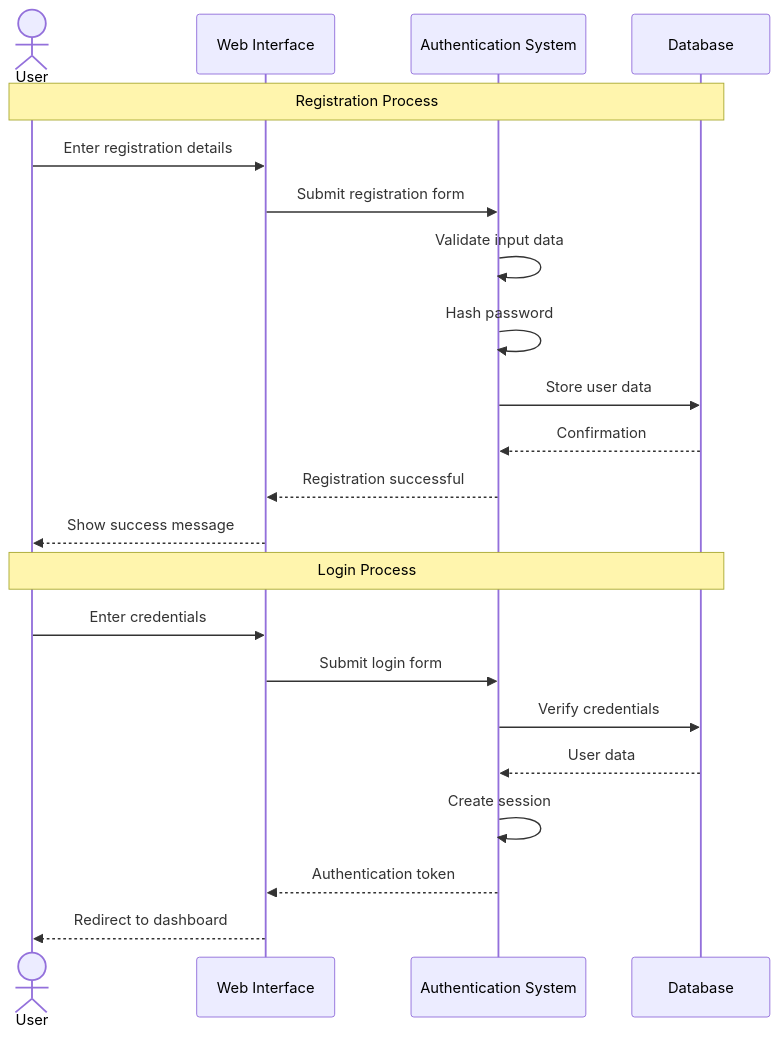
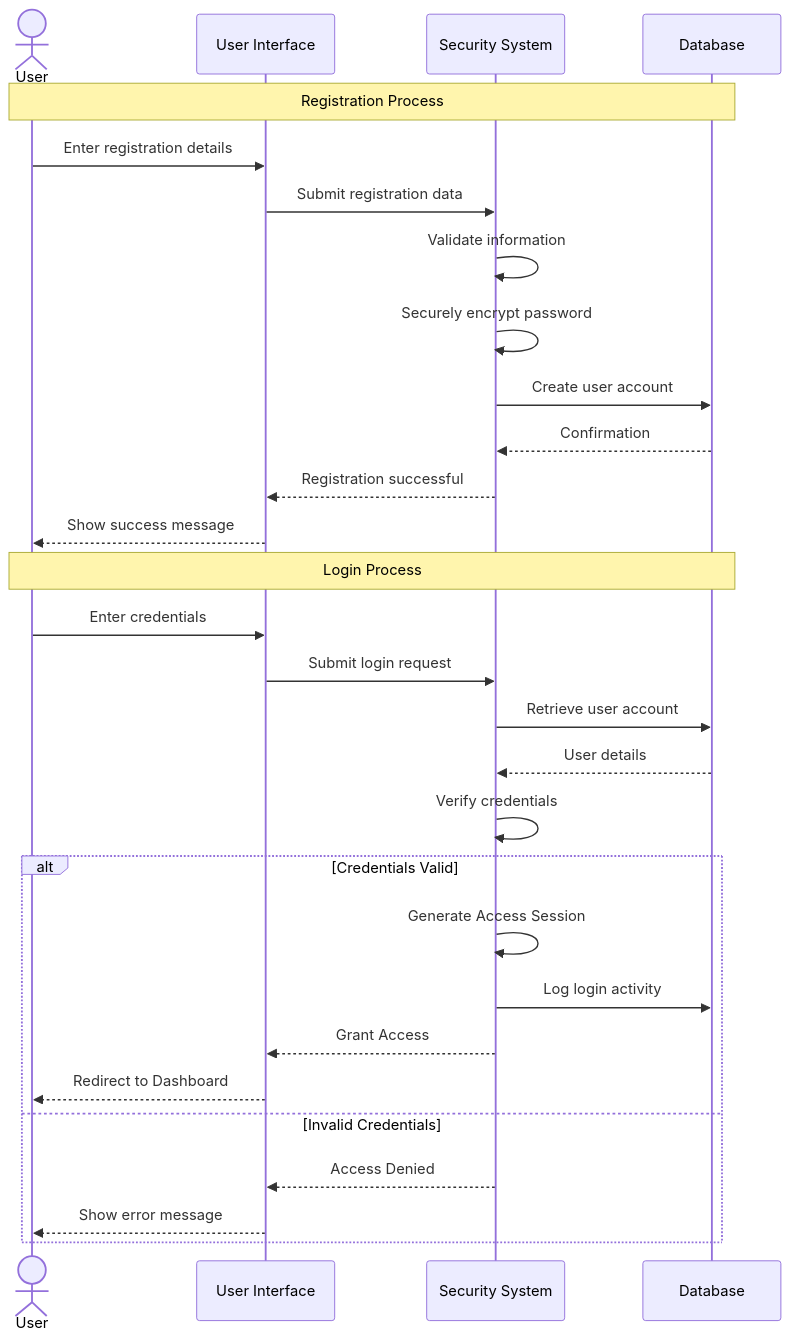
Before and after one commit to abdullah2323442/practice: the sixth of 15 diagrams in system documentation.md, drawn with Mermaid. The commit also changed other lines of this file, not shown here.

First line of the commit message:
Revise system documentation for clarity and accuracy

````diff
--- a/system documentation.md
+++ b/system documentation.md
@@ -391,26 +390,34 @@
 ```mermaid
 sequenceDiagram
     actor User
-    participant Web as Web Interface
-    participant Auth as Authentication System
+    participant Web as User Interface
+    participant Auth as Security System
     participant DB as Database
     
     Note over User,DB: Registration Process
     User->>Web: Enter registration details
-    Web->>Auth: Submit registration form
-    Auth->>Auth: Validate input data
-    Auth->>Auth: Hash password
-    Auth->>DB: Store user data
+    Web->>Auth: Submit registration data
+    Auth->>Auth: Validate information
+    Auth->>Auth: Securely encrypt password
+    Auth->>DB: Create user account
     DB-->>Auth: Confirmation
     Auth-->>Web: Registration successful
     Web-->>User: Show success message
     
     Note over User,DB: Login Process
     User->>Web: Enter credentials
-    Web->>Auth: Submit login form
-    Auth->>DB: Verify credentials
-    DB-->>Auth: User data
-    Auth->>Auth: Create session
-    Auth-->>Web: Authentication token
-    Web-->>User: Redirect to dashboard
+    Web->>Auth: Submit login request
+    Auth->>DB: Retrieve user account
+    DB-->>Auth: User details
+    Auth->>Auth: Verify credentials
+    
+    alt Credentials Valid
+        Auth->>Auth: Generate Access Session
+        Auth->>DB: Log login activity
+        Auth-->>Web: Grant Access
+        Web-->>User: Redirect to Dashboard
+    else Invalid Credentials
+        Auth-->>Web: Access Denied
+        Web-->>User: Show error message
+    end
 ```
````
